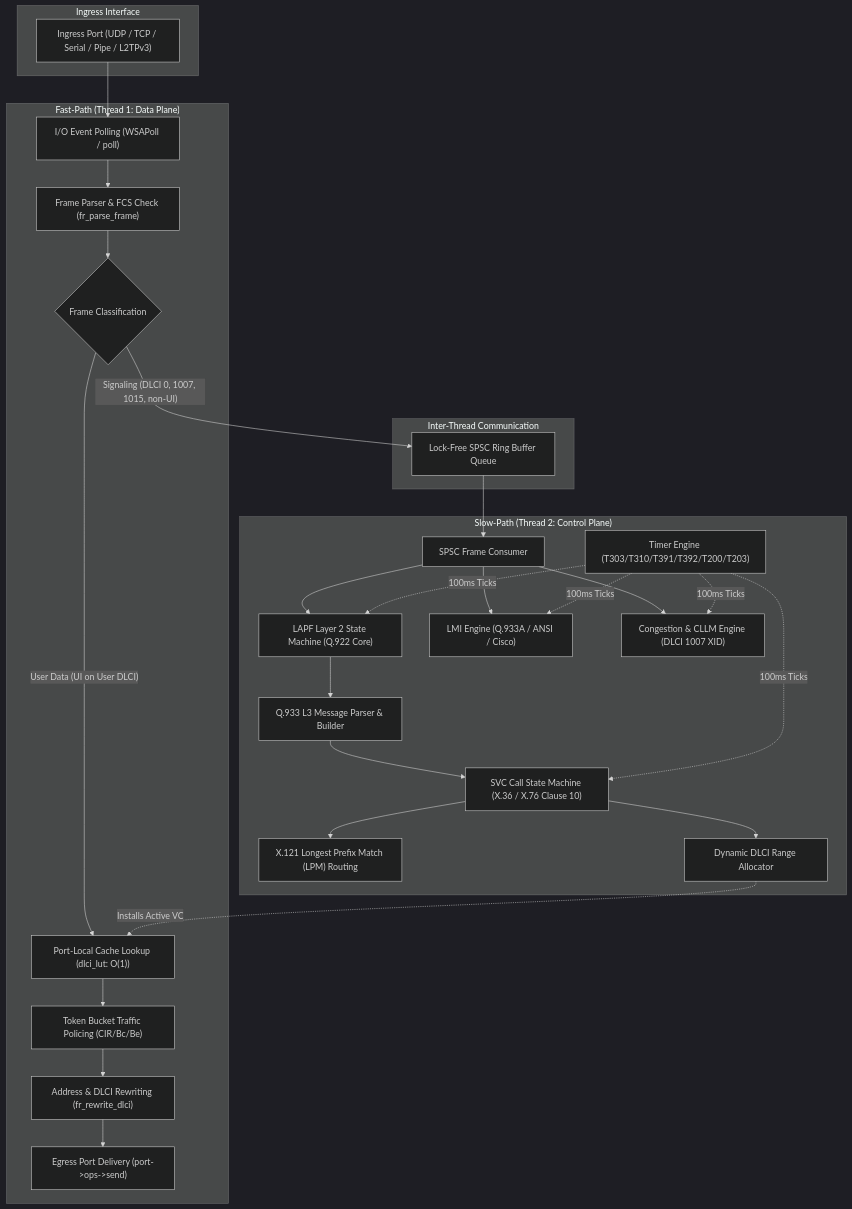
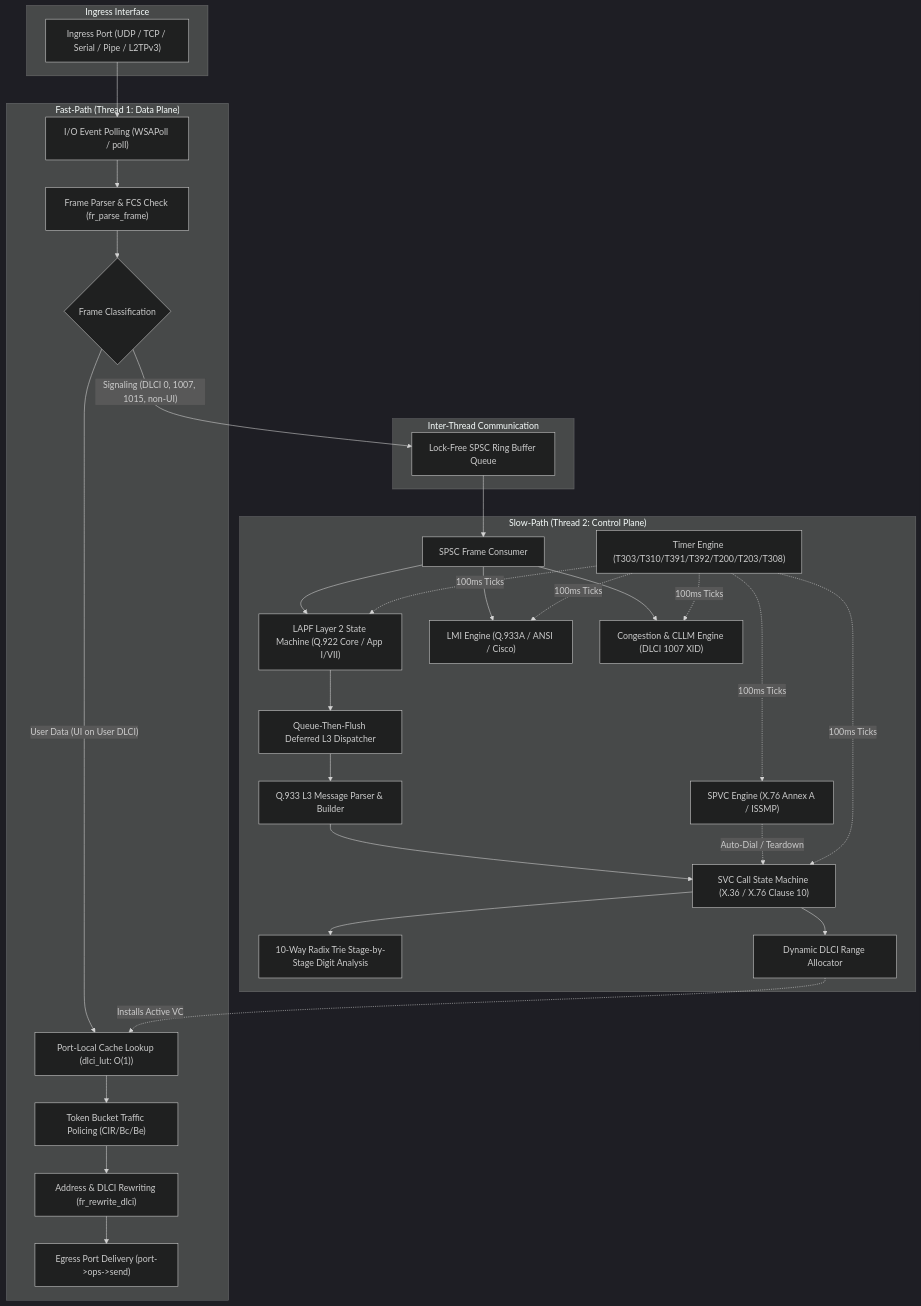
Before and after one commit to IndoRizkikali/vfrs: the diagram in README.md, drawn with Mermaid (dark theme). The commit also changed other lines of this file and 82 other files, not shown here.

````diff
--- a/README.md
+++ b/README.md
@@ -360,59 +405,64 @@
 ```mermaid
 flowchart TD
     subgraph Ingress ["Ingress Interface"]
         portIn["Ingress Port (UDP / TCP / Serial / Pipe / L2TPv3)"]
     end
 
     subgraph FastPath ["Fast-Path (Thread 1: Data Plane)"]
         poll["I/O Event Polling (WSAPoll / poll)"]
         parse["Frame Parser & FCS Check (fr_parse_frame)"]
         classify{"Frame Classification"}
         lookup["Port-Local Cache Lookup (dlci_lut: O(1))"]
         policing["Token Bucket Traffic Policing (CIR/Bc/Be)"]
         rewrite["Address & DLCI Rewriting (fr_rewrite_dlci)"]
         egress["Egress Port Delivery (port->ops->send)"]
     end
 
     subgraph Queue ["Inter-Thread Communication"]
         spsc["Lock-Free SPSC Ring Buffer Queue"]
     end
 
     subgraph SlowPath ["Slow-Path (Thread 2: Control Plane)"]
         spscPop["SPSC Frame Consumer"]
-        lapf["LAPF Layer 2 State Machine (Q.922 Core)"]
+        lapf["LAPF Layer 2 State Machine (Q.922 Core / App I/VII)"]
+        deferred["Queue-Then-Flush Deferred L3 Dispatcher"]
         l3Parser["Q.933 L3 Message Parser & Builder"]
         callFSM["SVC Call State Machine (X.36 / X.76 Clause 10)"]
-        routeLPM["X.121 Longest Prefix Match (LPM) Routing"]
+        radixTrie["10-Way Radix Trie Stage-by-Stage Digit Analysis"]
         allocator["Dynamic DLCI Range Allocator"]
+        spvcEngine["SPVC Engine (X.76 Annex A / ISSMP)"]
         lmiEngine["LMI Engine (Q.933A / ANSI / Cisco)"]
         cllmEngine["Congestion & CLLM Engine (DLCI 1007 XID)"]
-        timers["Timer Engine (T303/T310/T391/T392/T200/T203)"]
+        timers["Timer Engine (T303/T310/T391/T392/T200/T203/T308)"]
     end
 
     portIn --> poll
     poll --> parse
     parse --> classify
 
     classify -- "User Data (UI on User DLCI)" --> lookup
     lookup --> policing
     policing --> rewrite
     rewrite --> egress
 
     classify -- "Signaling (DLCI 0, 1007, 1015, non-UI)" --> spsc
 
     spsc --> spscPop
     spscPop --> lapf
     spscPop --> lmiEngine
     spscPop --> cllmEngine
 
-    lapf --> l3Parser
+    lapf --> deferred
+    deferred --> l3Parser
     l3Parser --> callFSM
-    callFSM --> routeLPM
+    callFSM --> radixTrie
     callFSM --> allocator
     allocator -. "Installs Active VC" .-> lookup
+    spvcEngine -. "Auto-Dial / Teardown" .-> callFSM
 
     timers -. "100ms Ticks" .-> lmiEngine
     timers -. "100ms Ticks" .-> lapf
     timers -. "100ms Ticks" .-> callFSM
     timers -. "100ms Ticks" .-> cllmEngine
+    timers -. "100ms Ticks" .-> spvcEngine
 ```
````
